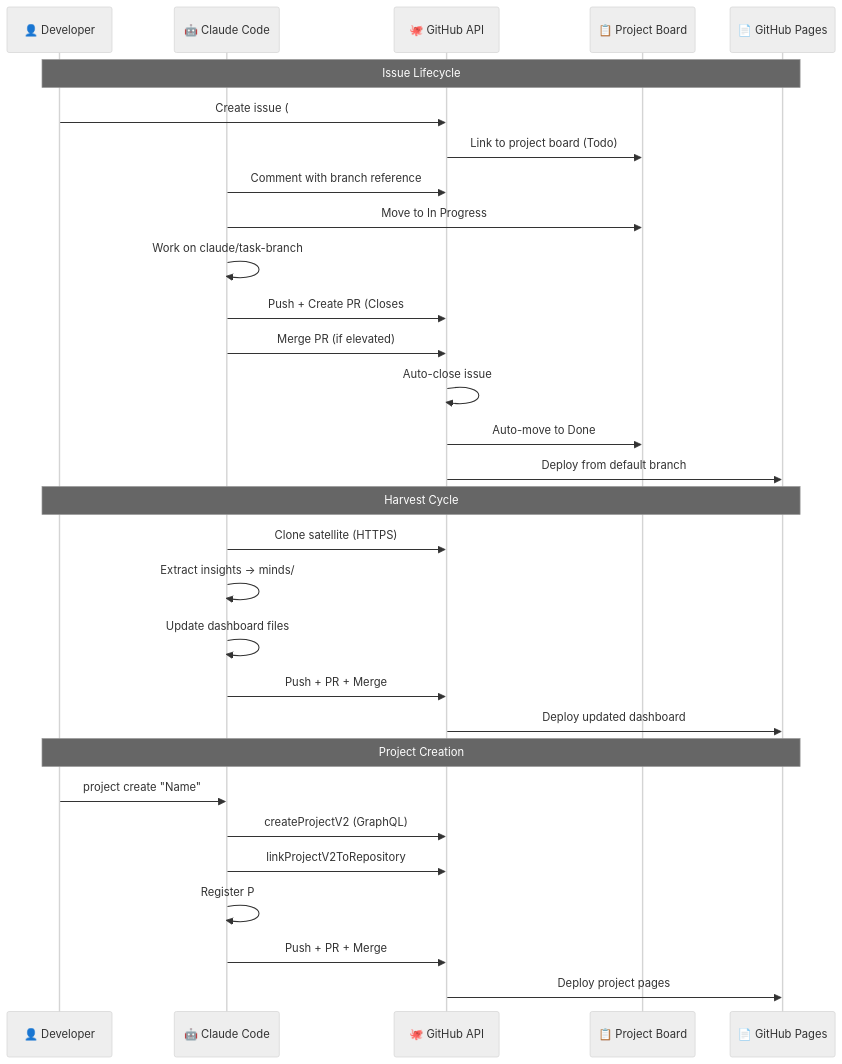
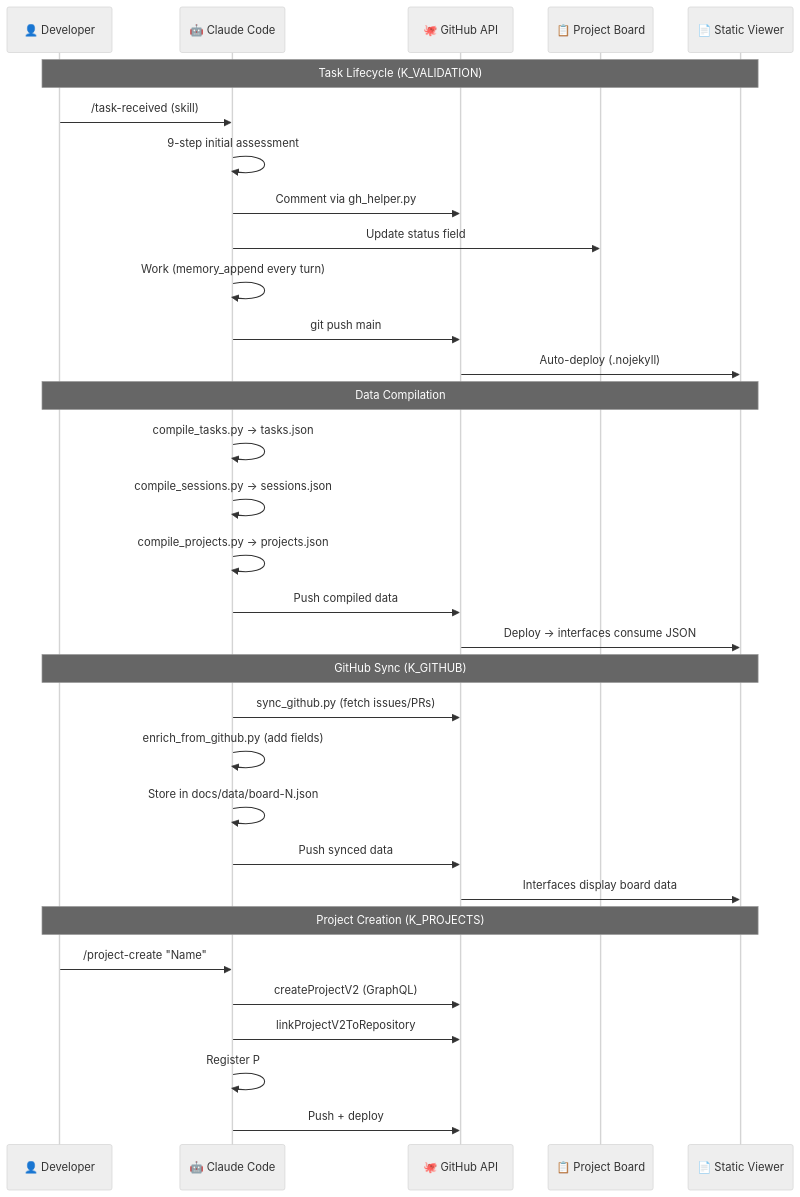
One commit to packetqc/K_DOCS changed diagram 11 of 14 in docs/fr/publications/architecture-diagrams/full/index.md. Above: the diagram before and after it, drawn with Mermaid (neutral theme). The commit also changed other lines of this file and 4 other files, not shown here.

First line of the commit message:
feat: rewrite all 14 architecture diagrams for Knowledge 2.0

````diff
--- a/docs/fr/publications/architecture-diagrams/full/index.md
+++ b/docs/fr/publications/architecture-diagrams/full/index.md
@@ -651,35 +693,38 @@
 ```mermaid
 sequenceDiagram
     participant User as 👤 Developer
     participant Claude as 🤖 Claude Code
     participant GH as 🐙 GitHub API
     participant Board as 📋 Project Board
-    participant Pages as 📄 GitHub Pages
+    participant Viewer as 📄 Static Viewer
 
-    Note over User,Pages: Issue Lifecycle
-    User->>GH: Create issue (#N)
-    GH->>Board: Link to project board (Todo)
-    Claude->>GH: Comment with branch reference
-    Claude->>Board: Move to In Progress
-    Claude->>Claude: Work on claude/task-branch
-    Claude->>GH: Push + Create PR (Closes #N)
-    Claude->>GH: Merge PR (if elevated)
-    GH->>GH: Auto-close issue #N
-    GH->>Board: Auto-move to Done
-    GH->>Pages: Deploy from default branch
+    Note over User,Viewer: Task Lifecycle (K_VALIDATION)
+    User->>Claude: /task-received (skill)
+    Claude->>Claude: 9-step initial assessment
+    Claude->>GH: Comment via gh_helper.py
+    Claude->>Board: Update status field
+    Claude->>Claude: Work (memory_append every turn)
+    Claude->>GH: git push main
+    GH->>Viewer: Auto-deploy (.nojekyll)
 
-    Note over User,Pages: Harvest Cycle
-    Claude->>GH: Clone satellite (HTTPS)
-    Claude->>Claude: Extract insights → minds/
-    Claude->>Claude: Update dashboard files
-    Claude->>GH: Push + PR + Merge
-    GH->>Pages: Deploy updated dashboard
+    Note over User,Viewer: Data Compilation
+    Claude->>Claude: compile_tasks.py → tasks.json
+    Claude->>Claude: compile_sessions.py → sessions.json
+    Claude->>Claude: compile_projects.py → projects.json
+    Claude->>GH: Push compiled data
+    GH->>Viewer: Deploy → interfaces consume JSON
 
-    Note over User,Pages: Project Creation
-    User->>Claude: project create "Name"
+    Note over User,Viewer: GitHub Sync (K_GITHUB)
+    Claude->>GH: sync_github.py (fetch issues/PRs)
+    Claude->>Claude: enrich_from_github.py (add fields)
+    Claude->>Claude: Store in docs/data/board-N.json
+    Claude->>GH: Push synced data
+    GH->>Viewer: Interfaces display board data
+
+    Note over User,Viewer: Project Creation (K_PROJECTS)
+    User->>Claude: /project-create "Name"
     Claude->>GH: createProjectV2 (GraphQL)
     Claude->>GH: linkProjectV2ToRepository
-    Claude->>Claude: Register P# + scaffold docs/
-    Claude->>GH: Push + PR + Merge
-    GH->>Pages: Deploy project pages
+    Claude->>Claude: Register P# in projects.json
+    Claude->>GH: Push + deploy
 ```
````
